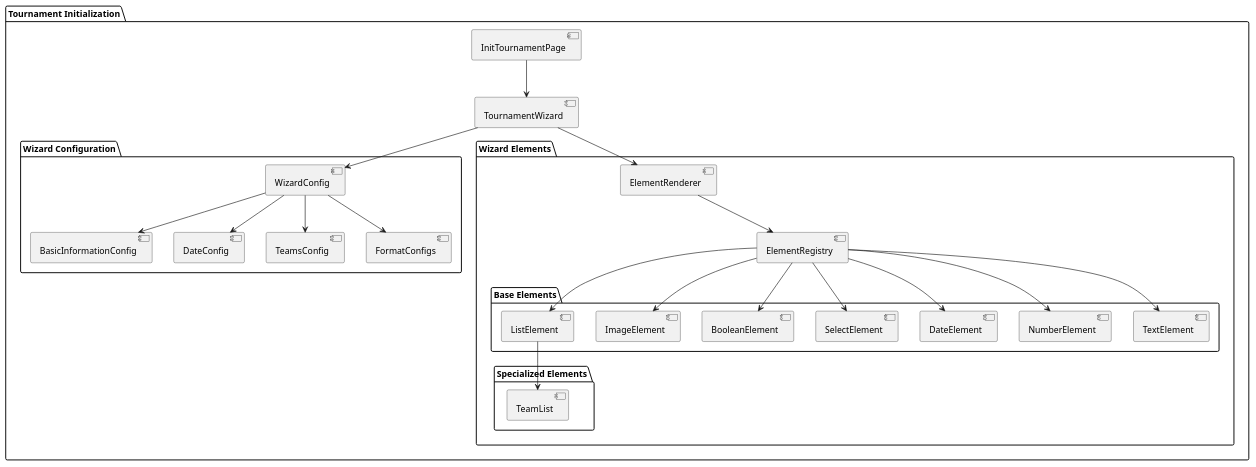
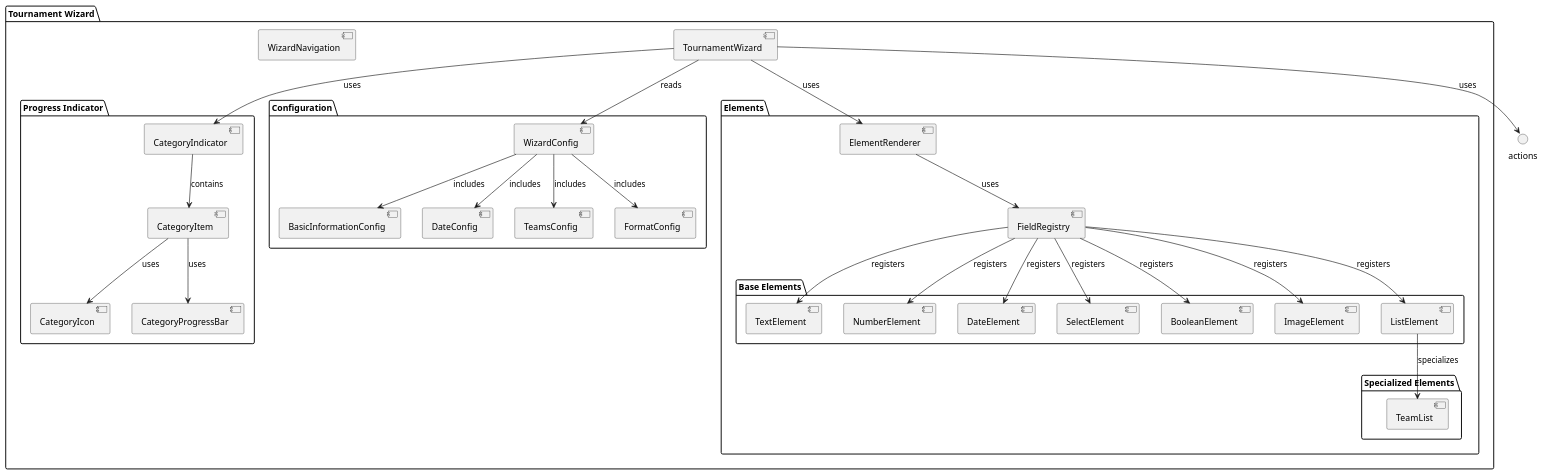
The diagram in src/tournament-init/readme.md (TobiWeiss/cupmaster), drawn with PlantUML before and after one commit. The commit also changed other lines of this file and 38 other files, not shown here.

First line of the commit message:
Enhance tournament initialization wizard with new features and styling improvements

````diff
--- a/src/tournament-init/readme.md
+++ b/src/tournament-init/readme.md
@@ -12,60 +12,68 @@
 ```plantuml
 @startuml
 
-package "Tournament Initialization" {
-  [InitTournamentPage]
-  [TournamentWizard]
+package "Tournament Wizard" {
+  [TournamentWizard] as wizard
+  [WizardNavigation] as navigation
+  
+  package "Progress Indicator" {
+    [CategoryIndicator] as categoryIndicator
+    [CategoryItem] as item
+    [CategoryIcon] as icon
+    [CategoryProgressBar] as progress
+  }
 
-  package "Wizard Configuration" {
-    [WizardConfig]
-    [BasicInformationConfig]
-    [DateConfig]
-    [TeamsConfig]
-    [FormatConfigs]
+  package "Configuration" {
+    [WizardConfig] as config
+    [BasicInformationConfig] as basicConfig
+    [DateConfig] as dateConfig
+    [TeamsConfig] as teamsConfig
+    [FormatConfig] as formatConfig
   }
-  
-  package "Wizard Elements" {
-    [ElementRenderer]
-    [ElementRegistry]
+
+  package "Elements" {
+    [ElementRenderer] as renderer
+    [FieldRegistry] as registry
     
     package "Base Elements" {
-      [TextElement]
-      [NumberElement]
-      [DateElement]
-      [SelectElement]
-      [BooleanElement]
-      [ImageElement]
-      [ListElement]
+      [TextElement] as text
+      [NumberElement] as number
+      [DateElement] as date
+      [SelectElement] as select
+      [BooleanElement] as bool
+      [ImageElement] as image
+      [ListElement] as list
     }
     
     package "Specialized Elements" {
-      [TeamList]
-      
+      [TeamList] as teamList
     }
   }
 }
 
-' Configuration relationships
-WizardConfig --> BasicInformationConfig
-WizardConfig --> DateConfig
-WizardConfig --> TeamsConfig
-WizardConfig --> FormatConfigs
+wizard --> renderer : uses
+wizard --> actions : uses
+wizard --> categoryIndicator : uses
+categoryIndicator --> item : contains
+item --> icon : uses
+item --> progress : uses
 
-' Component hierarchy
-InitTournamentPage --> TournamentWizard
-TournamentWizard --> WizardConfig
-TournamentWizard --> ElementRenderer
-ElementRenderer --> ElementRegistry
-ElementRegistry --> TextElement
-ElementRegistry --> NumberElement
-ElementRegistry --> DateElement
-ElementRegistry --> SelectElement
-ElementRegistry --> BooleanElement
-ElementRegistry --> ImageElement
-ElementRegistry --> ListElement
+renderer --> registry : uses
+registry --> text : registers
+registry --> number : registers
+registry --> date : registers
+registry --> select : registers
+registry --> bool : registers
+registry --> image : registers
+registry --> list : registers
+list --> teamList : specializes
 
-' Element relationships
-ListElement --> TeamList
+config --> basicConfig : includes
+config --> dateConfig : includes
+config --> teamsConfig : includes
+config --> formatConfig : includes
+
+wizard --> config : reads
 
 @enduml
 ```
````
